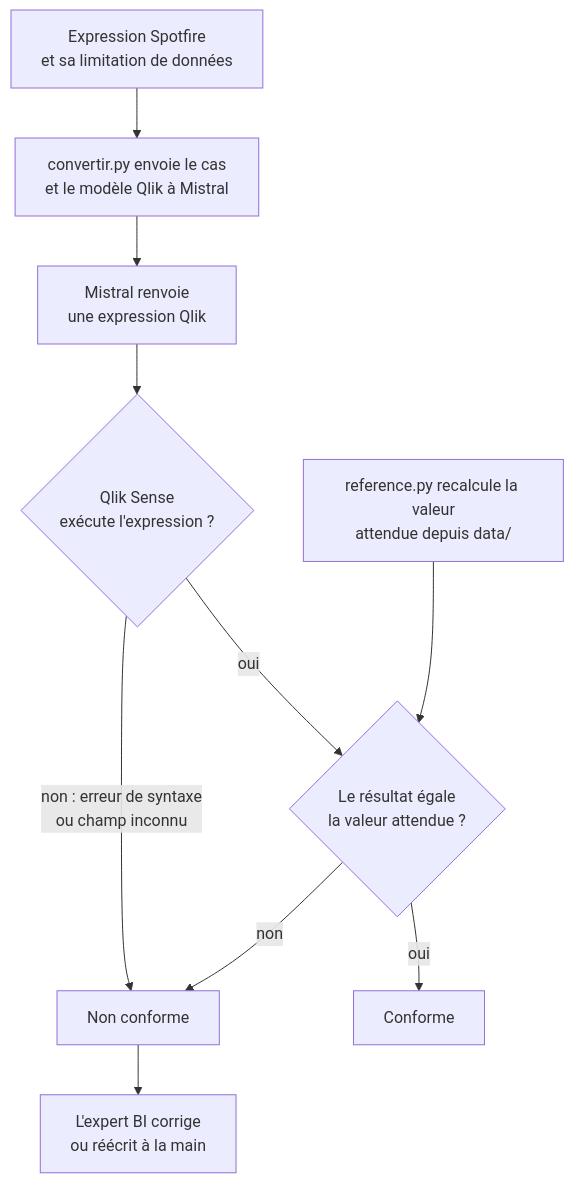
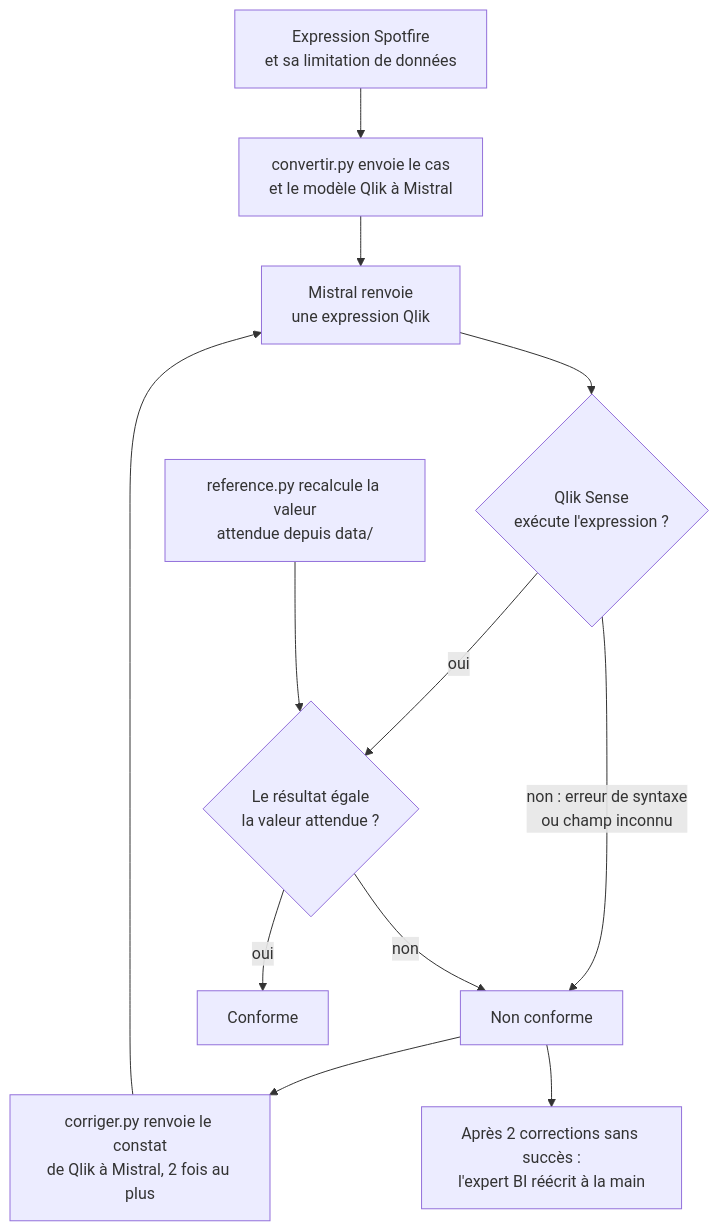
Before and after one commit to cnanaj-wq/mistral-ai: the second of 2 diagrams in README.md, drawn with Mermaid. The commit also changed other lines of this file and 6 other files, not shown here.

Commit message:
Second essai : Mistral se corrige à partir du constat de Qlik Sense

````diff
--- a/README.md
+++ b/README.md
@@ -115,12 +116,14 @@
 ```mermaid
 flowchart TD
   A[Expression Spotfire<br/>et sa limitation de données] --> B[convertir.py envoie le cas<br/>et le modèle Qlik à Mistral]
   B --> C[Mistral renvoie<br/>une expression Qlik]
   C --> D{Qlik Sense<br/>exécute l'expression ?}
   D -- "non : erreur de syntaxe<br/>ou champ inconnu" --> N[Non conforme]
   D -- oui --> E{Le résultat égale<br/>la valeur attendue ?}
   E -- oui --> O[Conforme]
   E -- non --> N
-  N --> X[L'expert BI corrige<br/>ou réécrit à la main]
+  N --> Y[corriger.py renvoie le constat<br/>de Qlik à Mistral, 2 fois au plus]
+  Y --> C
+  N --> X[Après 2 corrections sans succès :<br/>l'expert BI réécrit à la main]
   R[reference.py recalcule la valeur<br/>attendue depuis data/] --> E
 ```
````
